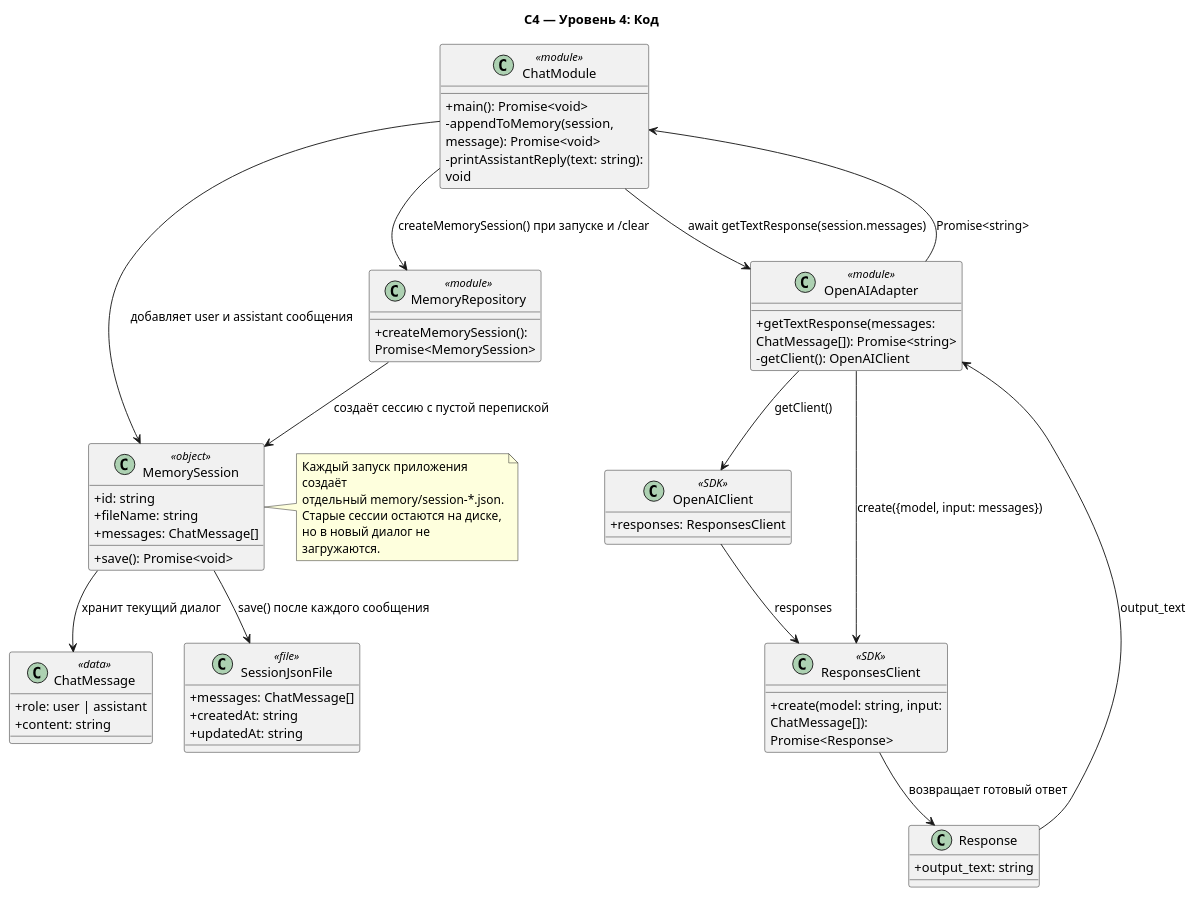
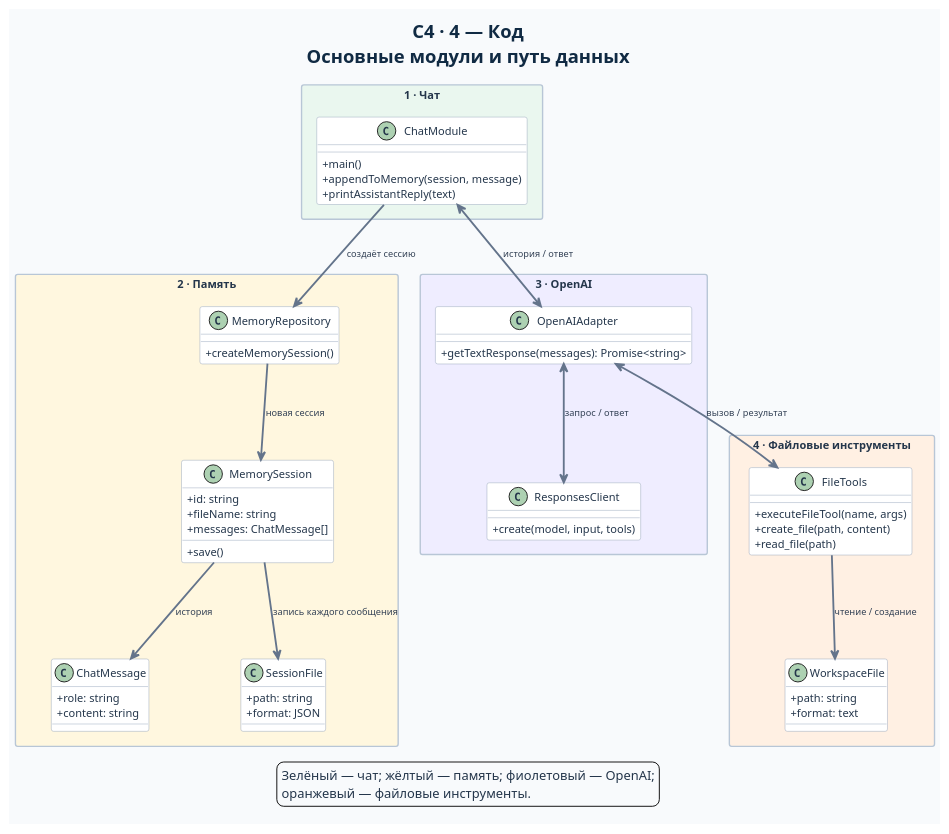
Before and after one commit to Dima163163/tg-bot: the diagram in 03-codex-killer/docs/diagrams/c4-code.puml, drawn with PlantUML. The commit also changed 8 other files, not shown here.

```diff
--- a/03-codex-killer/docs/diagrams/c4-code.puml
+++ b/03-codex-killer/docs/diagrams/c4-code.puml
@@ -1,71 +1,89 @@
 @startuml
-title C4 — Уровень 4: Код
+title C4 · 4 — Код\nОсновные модули и путь данных
+top to bottom direction
 skinparam classAttributeIconSize 0
+skinparam backgroundColor #F8FAFC
 skinparam shadowing false
-skinparam wrapWidth 220
-
-class ChatModule <<module>> {
-  +main(): Promise<void>
-  -appendToMemory(session, message): Promise<void>
-  -printAssistantReply(text: string): void
+skinparam defaultFontName Arial
+skinparam defaultFontSize 12
+skinparam defaultFontColor #24364B
+skinparam titleFontSize 20
+skinparam titleFontStyle bold
+skinparam titleFontColor #102A43
+skinparam ArrowColor #64748B
+skinparam ArrowThickness 2
+skinparam ArrowFontColor #334155
+skinparam ArrowFontSize 10
+skinparam packageStyle rectangle
+skinparam nodesep 100
+skinparam ranksep 90
+skinparam classBackgroundColor #FFFFFF
+skinparam classBorderColor #94A3B8
+skinparam package {
+  BorderColor #B8C6D6
+  FontColor #24364B
 }
 
-class MemoryRepository <<module>> {
-  +createMemorySession(): Promise<MemorySession>
+package "1 · Чат" #EAF7EF {
+  class ChatModule {
+    +main()
+    +appendToMemory(session, message)
+    +printAssistantReply(text)
+  }
 }
 
-class MemorySession <<object>> {
-  +id: string
-  +fileName: string
-  +messages: ChatMessage[]
-  +save(): Promise<void>
+package "2 · Память" #FFF7DF {
+  class MemoryRepository {
+    +createMemorySession()
+  }
+  class MemorySession {
+    +id: string
+    +fileName: string
+    +messages: ChatMessage[]
+    +save()
+  }
+  class ChatMessage {
+    +role: string
+    +content: string
+  }
+  class SessionFile {
+    +path: string
+    +format: JSON
+  }
 }
 
-class ChatMessage <<data>> {
-  +role: user | assistant
-  +content: string
+package "3 · OpenAI" #EFEDFF {
+  class OpenAIAdapter {
+    +getTextResponse(messages): Promise<string>
+  }
+  class ResponsesClient {
+    +create(model, input, tools)
+  }
 }
 
-class SessionJsonFile <<file>> {
-  +messages: ChatMessage[]
-  +createdAt: string
-  +updatedAt: string
+package "4 · Файловые инструменты" #FFF0E3 {
+  class FileTools {
+    +executeFileTool(name, args)
+    +create_file(path, content)
+    +read_file(path)
+  }
+  class WorkspaceFile {
+    +path: string
+    +format: text
+  }
 }
 
-class OpenAIAdapter <<module>> {
-  +getTextResponse(messages: ChatMessage[]): Promise<string>
-  -getClient(): OpenAIClient
-}
+ChatModule --> MemoryRepository : создаёт сессию
+MemoryRepository --> MemorySession : новая сессия
+MemorySession --> ChatMessage : история
+MemorySession --> SessionFile : запись каждого сообщения
+ChatModule <--> OpenAIAdapter : история / ответ
+OpenAIAdapter <--> ResponsesClient : запрос / ответ
+OpenAIAdapter <--> FileTools : вызов / результат
+FileTools --> WorkspaceFile : чтение / создание
 
-class OpenAIClient <<SDK>> {
-  +responses: ResponsesClient
-}
-
-class ResponsesClient <<SDK>> {
-  +create(model: string, input: ChatMessage[]): Promise<Response>
-}
-
-class Response {
-  +output_text: string
-}
-
-ChatModule --> MemoryRepository : createMemorySession() при запуске и /clear
-MemoryRepository --> MemorySession : создаёт сессию с пустой перепиской
-ChatModule --> MemorySession : добавляет user и assistant сообщения
-MemorySession --> SessionJsonFile : save() после каждого сообщения
-MemorySession --> ChatMessage : хранит текущий диалог
-ChatModule --> OpenAIAdapter : await getTextResponse(session.messages)
-OpenAIAdapter --> OpenAIClient : getClient()
-OpenAIClient --> ResponsesClient : responses
-OpenAIAdapter --> ResponsesClient : create({model, input: messages})
-ResponsesClient --> Response : возвращает готовый ответ
-Response --> OpenAIAdapter : output_text
-OpenAIAdapter --> ChatModule : Promise<string>
-
-note right of MemorySession
-  Каждый запуск приложения создаёт
-  отдельный memory/session-*.json.
-  Старые сессии остаются на диске,
-  но в новый диалог не загружаются.
-end note
+legend bottom
+  Зелёный — чат; жёлтый — память; фиолетовый — OpenAI;
+  оранжевый — файловые инструменты.
+endlegend
 @enduml
```
